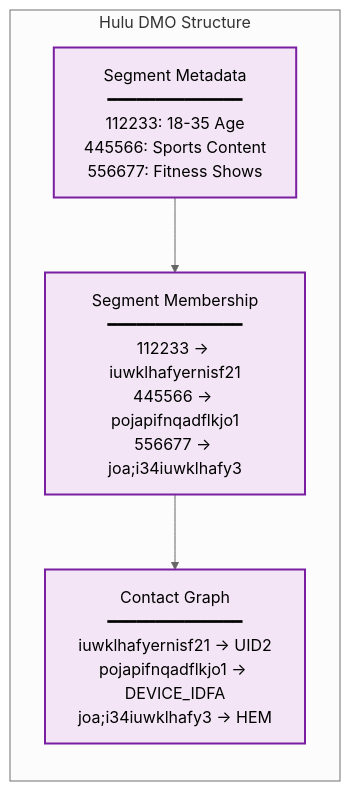
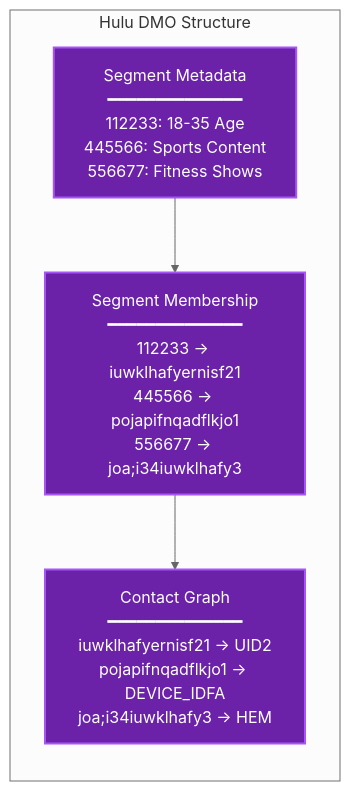
The fourth of 10 diagrams in data-cloud/clean-room/README_DataCloud_Clean_Room_Architecture.md (arupsarkar-sfdc/Misc), drawn with Mermaid (neutral theme) before and after one commit. The commit also changed other lines of this file and 4 other files, not shown here.

Commit message:
feat: addred segmentation logic and updated process diagrams and sequence diagram with dark mode colors and sequence steps

````diff
--- a/data-cloud/clean-room/README_DataCloud_Clean_Room_Architecture.md
+++ b/data-cloud/clean-room/README_DataCloud_Clean_Room_Architecture.md
@@ -128,17 +128,17 @@
 ```mermaid
 graph LR
     subgraph "Hulu DMO Structure"
         H_SEG_META["Segment Metadata<br/>━━━━━━━━━━━━━━<br/>112233: 18-35 Age<br/>445566: Sports Content<br/>556677: Fitness Shows"]
         
         H_SEG_MEMBER["Segment Membership<br/>━━━━━━━━━━━━━━<br/>112233 → iuwklhafyernisf21<br/>445566 → pojapifnqadflkjo1<br/>556677 → joa;i34iuwklhafy3"]
         
         H_CONTACT["Contact Graph<br/>━━━━━━━━━━━━━━<br/>iuwklhafyernisf21 → UID2<br/>pojapifnqadflkjo1 → DEVICE_IDFA<br/>joa;i34iuwklhafy3 → HEM"]
     end
     
     H_SEG_META --> H_SEG_MEMBER
     H_SEG_MEMBER --> H_CONTACT
     
-    style H_SEG_META fill:#f3e5f5,stroke:#7b1fa2,stroke-width:2px
-    style H_SEG_MEMBER fill:#f3e5f5,stroke:#7b1fa2,stroke-width:2px
-    style H_CONTACT fill:#f3e5f5,stroke:#7b1fa2,stroke-width:2px
+    style H_SEG_META fill:#6b21a8,stroke:#a855f7,stroke-width:2px,color:#ffffff
+    style H_SEG_MEMBER fill:#6b21a8,stroke:#a855f7,stroke-width:2px,color:#ffffff
+    style H_CONTACT fill:#6b21a8,stroke:#a855f7,stroke-width:2px,color:#ffffff
 ```
````
